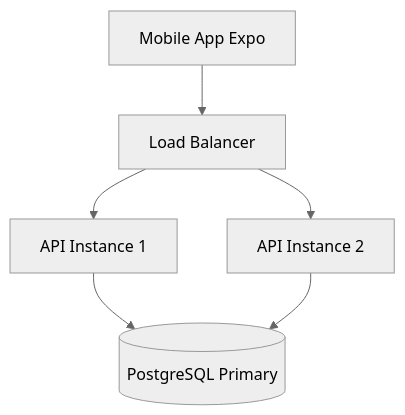
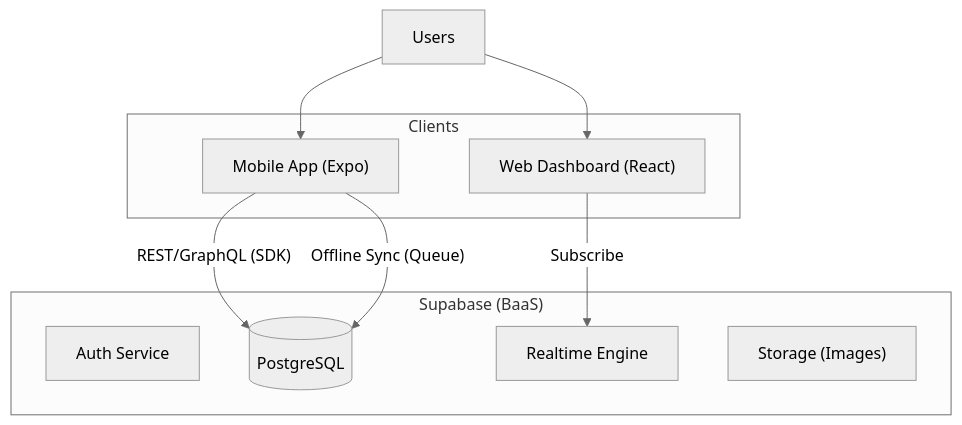
One commit to CDSL-SOFTWARE-PRODUCTION/lean-wms changed the diagram in doc/architecture/ARCHITECTURE.md. Above: the diagram before and after it, drawn with Mermaid (neutral theme). The commit also changed other lines of this file and 7 other files, not shown here.

Commit message:
docs: Establish foundational project documentation including PRD, backend README, and architecture blueprints.

````diff
--- a/doc/architecture/ARCHITECTURE.md
+++ b/doc/architecture/ARCHITECTURE.md
@@ -280,8 +5,23 @@
 ```mermaid
 graph TD
-    mobile[Mobile App Expo] --> lb[Load Balancer]
-    lb --> api1[API Instance 1]
-    lb --> api2[API Instance 2]
-    api1 --> db[(PostgreSQL Primary)]
-    api2 --> db
+    User[Users]
+    
+    subgraph Clients
+        Mobile["Mobile App (Expo)"]
+        Web["Web Dashboard (React)"]
+    end
+    
+    subgraph Backend_BaaS ["Supabase (BaaS)"]
+        Auth[Auth Service]
+        DB[(PostgreSQL)]
+        Realtime[Realtime Engine]
+        Storage["Storage (Images)"]
+    end
+    
+    User --> Mobile
+    User --> Web
+    
+    Mobile -- "REST/GraphQL (SDK)" --> DB
+    Mobile -- "Offline Sync (Queue)" --> DB
+    Web -- "Subscribe" --> Realtime
 ```
````
